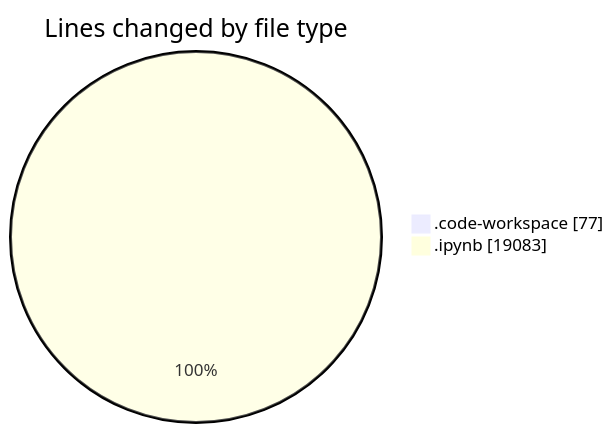
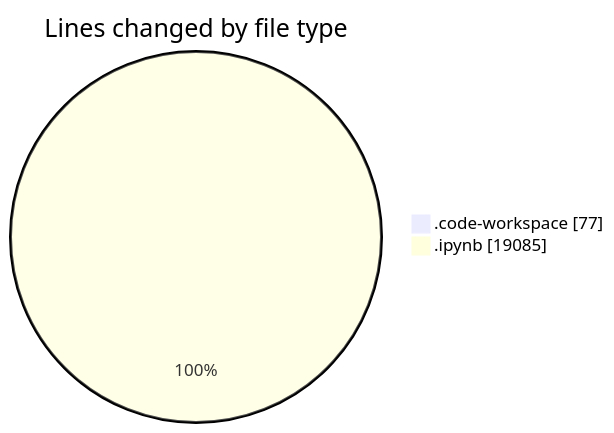
One commit to MatusMokan/code-tracking changed the first of 2 diagrams in 2025-03-14/myws__workspace_/README.md. Above: the diagram before and after it, drawn with Mermaid. The commit also changed other lines of this file and 1 other file, not shown here.

````diff
--- a/2025-03-14/myws__workspace_/README.md
+++ b/2025-03-14/myws__workspace_/README.md
@@ -22,6 +22,6 @@
 ```mermaid
 pie showData
 title Lines changed by file type
 ".code-workspace" : 77
-".ipynb" : 19083
+".ipynb" : 19085
 ```
````
